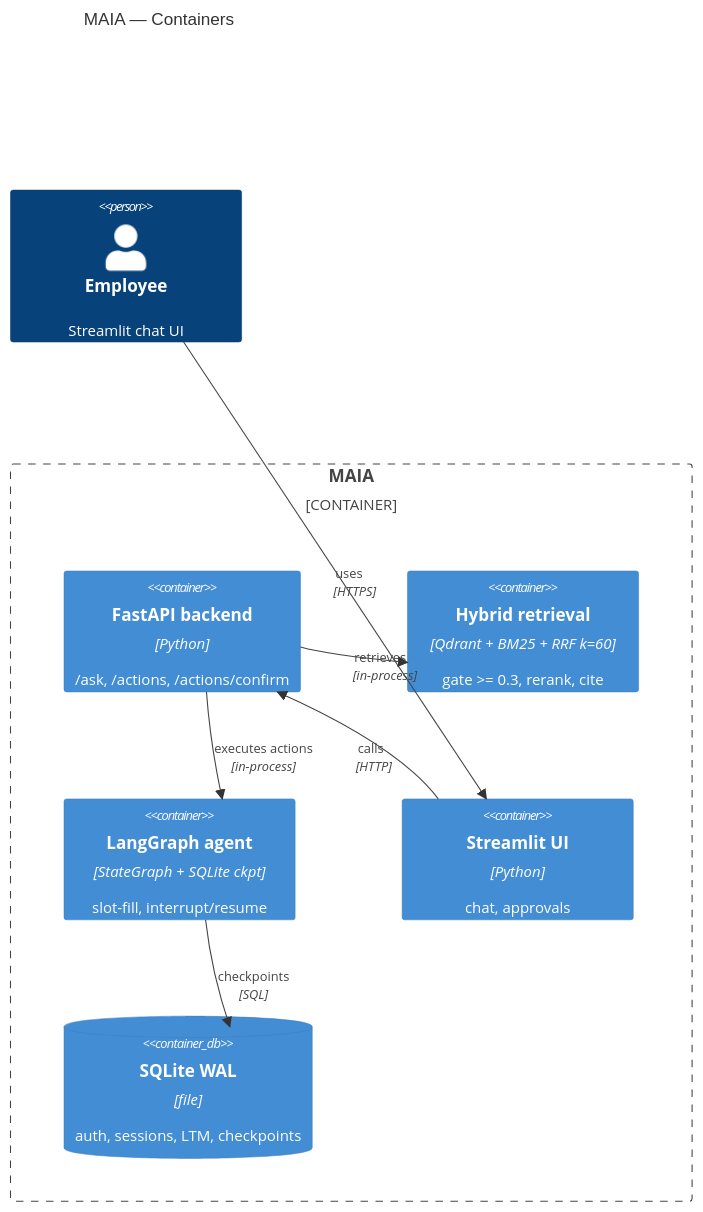
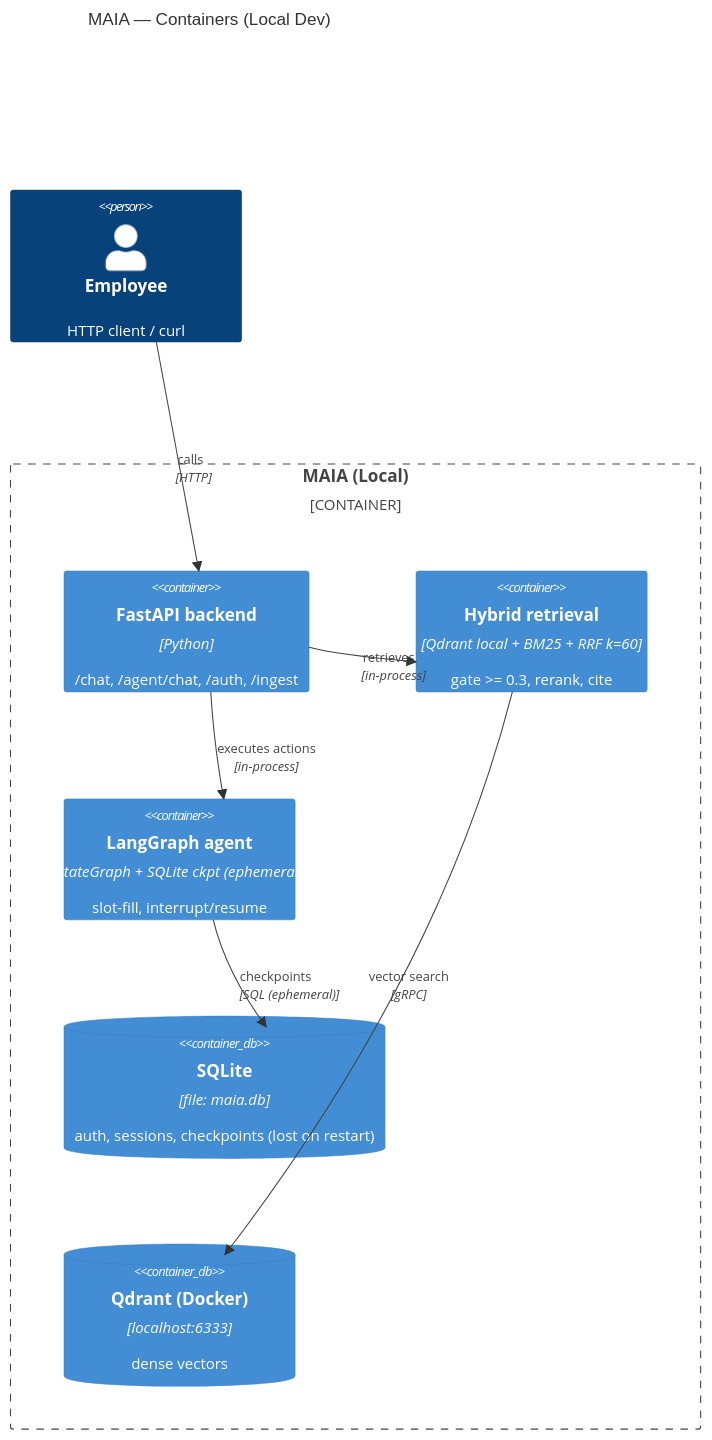
Before and after one commit to imtarget05/MAIA: the second of 3 diagrams in docs/C4.md, drawn with Mermaid. The commit also changed other lines of this file and 3 other files, not shown here.

Commit message:
fix(audit): add HITL audit trail, assert E2E demo flows, update C4 architecture and evidence SHA

````diff
--- a/docs/C4.md
+++ b/docs/C4.md
@@ -24,17 +39,17 @@
 ```mermaid
 C4Container
-    title MAIA — Containers
-    Person(emp, "Employee", "Streamlit chat UI")
-    Container_Boundary(m, "MAIA") {
-        Container(api, "FastAPI backend", "Python", "/ask, /actions, /actions/confirm")
-        Container(rag, "Hybrid retrieval", "Qdrant + BM25 + RRF k=60", "gate >= 0.3, rerank, cite")
-        Container(agent, "LangGraph agent", "StateGraph + SQLite ckpt", "slot-fill, interrupt/resume")
-        Container(ui, "Streamlit UI", "Python", "chat, approvals")
-        ContainerDb(db, "SQLite WAL", "file", "auth, sessions, LTM, checkpoints")
+    title MAIA — Containers (Local Dev)
+    Person(emp, "Employee", "HTTP client / curl")
+    Container_Boundary(m, "MAIA (Local)") {
+        Container(api, "FastAPI backend", "Python", "/chat, /agent/chat, /auth, /ingest")
+        Container(rag, "Hybrid retrieval", "Qdrant local + BM25 + RRF k=60", "gate >= 0.3, rerank, cite")
+        Container(agent, "LangGraph agent", "StateGraph + SQLite ckpt (ephemeral)", "slot-fill, interrupt/resume")
+        ContainerDb(db, "SQLite", "file: maia.db", "auth, sessions, checkpoints (lost on restart)")
+        ContainerDb(qdrant, "Qdrant (Docker)", "localhost:6333", "dense vectors")
     }
-    Rel(emp, ui, "uses", "HTTPS")
-    Rel(ui, api, "calls", "HTTP")
+    Rel(emp, api, "calls", "HTTP")
     Rel(api, rag, "retrieves", "in-process")
     Rel(api, agent, "executes actions", "in-process")
-    Rel(agent, db, "checkpoints", "SQL")
+    Rel(agent, db, "checkpoints", "SQL (ephemeral)")
+    Rel(rag, qdrant, "vector search", "gRPC")
 ```
````
